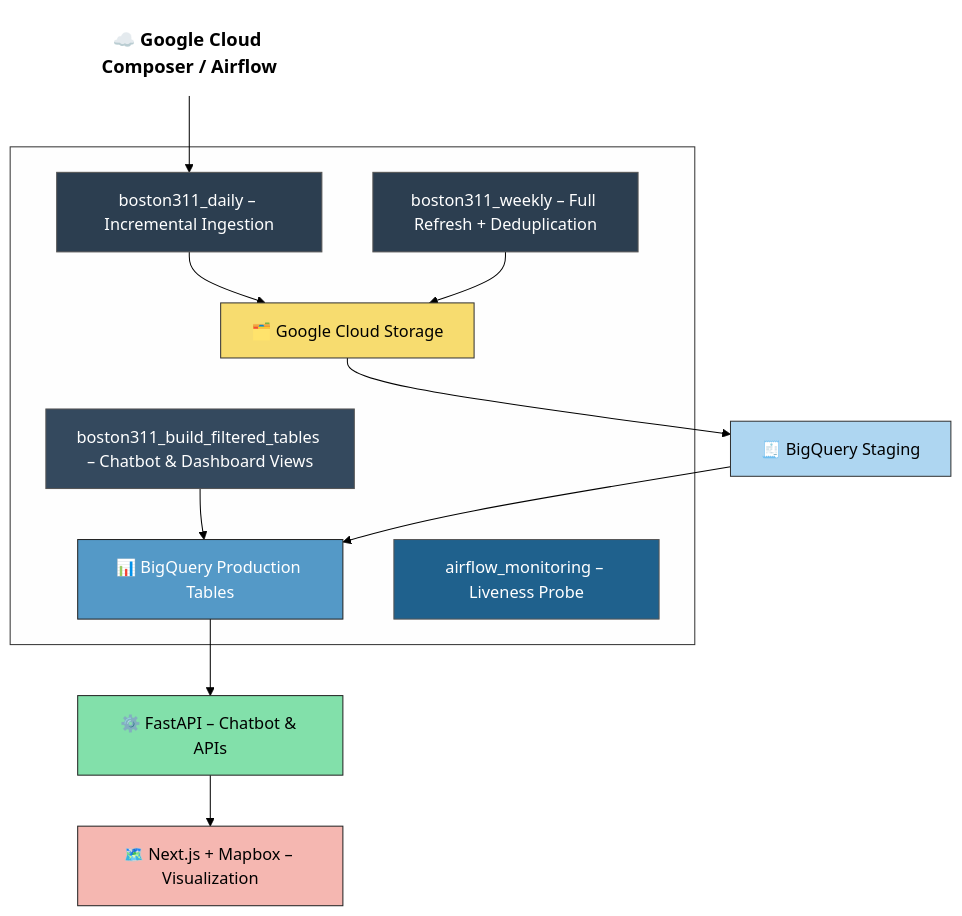
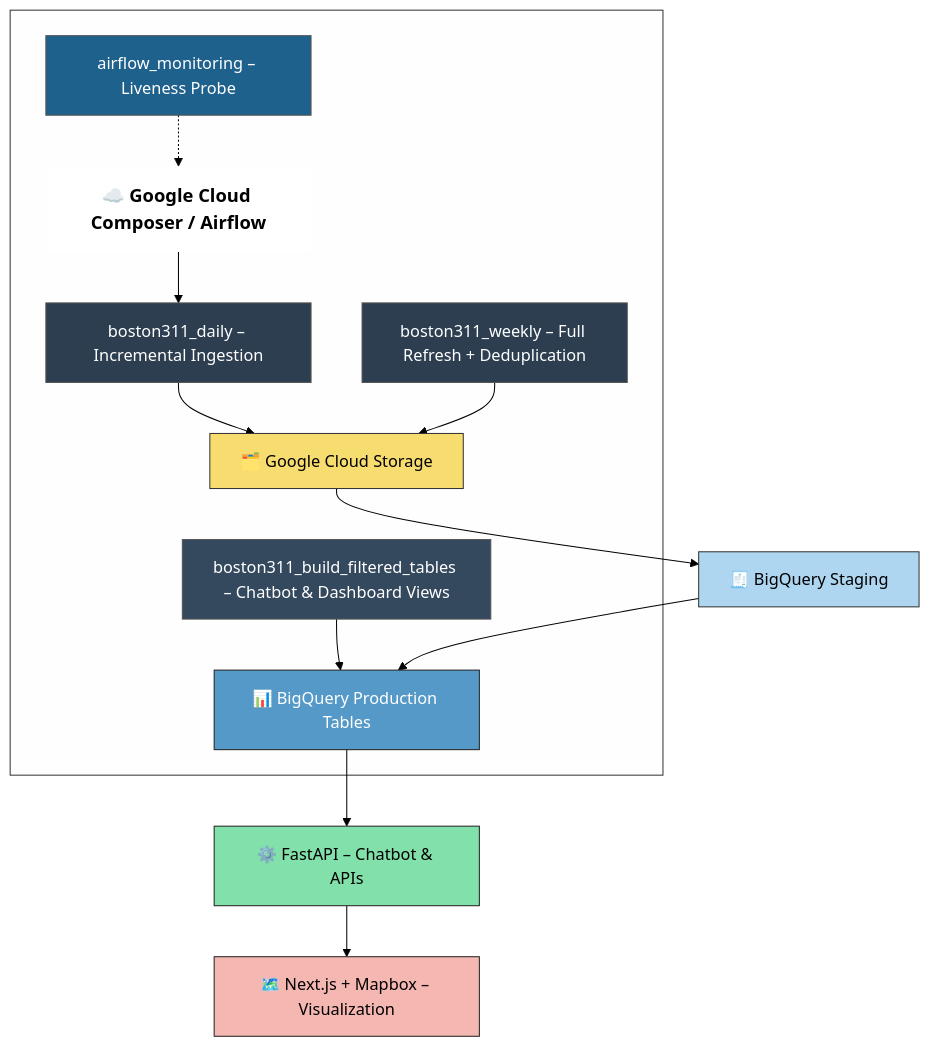
One commit to sharonjennifer/boston-311-ai-system changed the diagram in README.md. Above: the diagram before and after it, drawn with Mermaid (forest theme).

````diff
--- a/README.md
+++ b/README.md
@@ -19,32 +19,33 @@
 ```mermaid
 flowchart TD
     T0["☁️ Google Cloud Composer / Airflow"]:::title
 
     subgraph Composer[" "]
         D1["boston311_daily – Incremental Ingestion "] --> GCS["🗂️ Google Cloud Storage"]
         D2["boston311_weekly – Full Refresh + Deduplication"] --> GCS
         D3["boston311_build_filtered_tables – Chatbot & Dashboard Views"] --> BQ2["📊 BigQuery Production Tables"]
-        D4["airflow_monitoring – Liveness Probe"]
+        D4["airflow_monitoring – Liveness Probe"] -.-> T0        
+
     end
 
     GCS --> BQ1["🧾 BigQuery Staging"]
     BQ1 --> BQ2
     BQ2 --> API["⚙️ FastAPI – Chatbot & APIs"]
     API --> WEB["🗺️ Next.js + Mapbox – Visualization"]
 
     %% Connect Title to Subgraph
     T0 --> D1
 
     %% Styling
     classDef title fill:#ffffff,stroke:none,font-weight:bold,font-size:18px,color:#000,text-align:center;
     style Composer fill:#fefefe,stroke:#333,stroke-width:1px
     style GCS fill:#f7dc6f,stroke:#333,stroke-width:1px,color:#000
     style BQ1 fill:#aed6f1,stroke:#333,stroke-width:1px,color:#000
     style BQ2 fill:#5499c7,stroke:#222,stroke-width:1px,color:#fff
     style API fill:#82e0aa,stroke:#222,stroke-width:1px,color:#000
     style WEB fill:#f5b7b1,stroke:#222,stroke-width:1px,color:#000
     style D1 fill:#2c3e50,stroke:#555,stroke-width:1px,color:#fff
     style D2 fill:#2c3e50,stroke:#555,stroke-width:1px,color:#fff
     style D3 fill:#34495e,stroke:#555,stroke-width:1px,color:#fff
     style D4 fill:#1f618d,stroke:#555,stroke-width:1px,color:#fff
 ```
````
